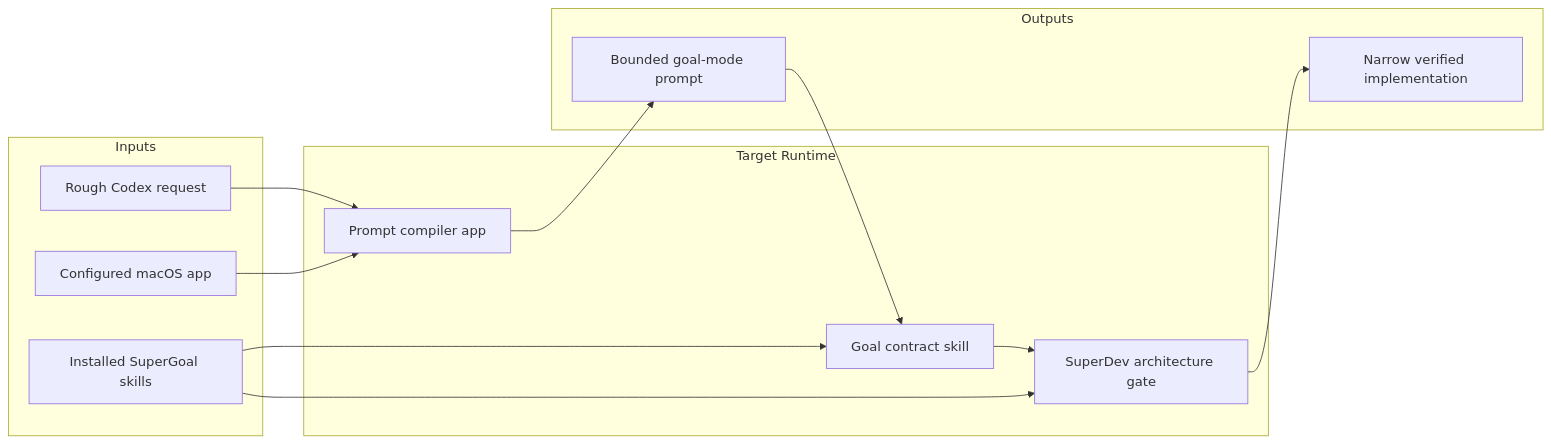
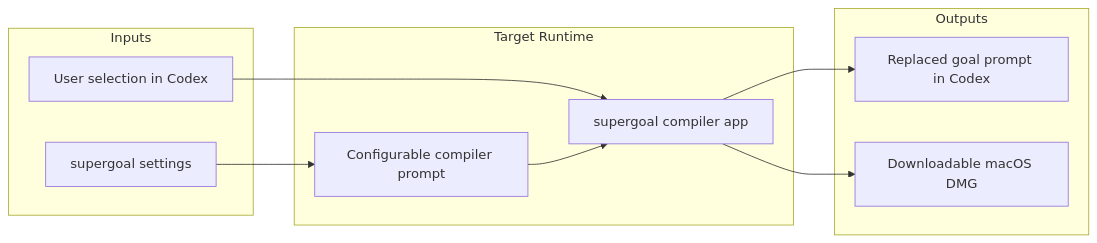
One commit to fightheyyy/SuperGoal changed the second of 2 diagrams in SPEC.md. Above: the diagram before and after it, drawn with Mermaid. The commit also changed other lines of this file and 15 other files, not shown here.

Commit message:
Polish icons and package SuperGoal as DMG

````diff
--- a/SPEC.md
+++ b/SPEC.md
@@ -42,28 +36,23 @@
 ```mermaid
 flowchart LR
     subgraph Inputs["Inputs"]
-        A["Rough Codex request"]
-        B["Installed SuperGoal skills"]
-        C["Configured macOS app"]
+        A["User selection in Codex"]
+        B["supergoal settings"]
     end
 
     subgraph Runtime["Target Runtime"]
-        D["Prompt compiler app"]
-        E["Goal contract skill"]
-        F["SuperDev architecture gate"]
+        C["supergoal compiler app"]
+        E["Configurable compiler prompt"]
     end
 
     subgraph Outputs["Outputs"]
-        G["Bounded goal-mode prompt"]
-        H["Narrow verified implementation"]
+        D["Replaced goal prompt in Codex"]
+        F["Downloadable macOS DMG"]
     end
 
-    A --> D
+    A --> C
+    B --> E
+    E --> C
     C --> D
-    D --> G
-    G --> E
-    E --> F
-    B --> E
-    B --> F
-    F --> H
+    C --> F
 ```
````
